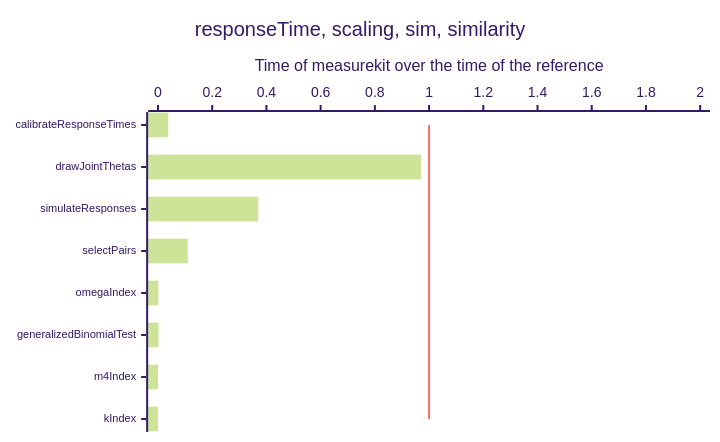
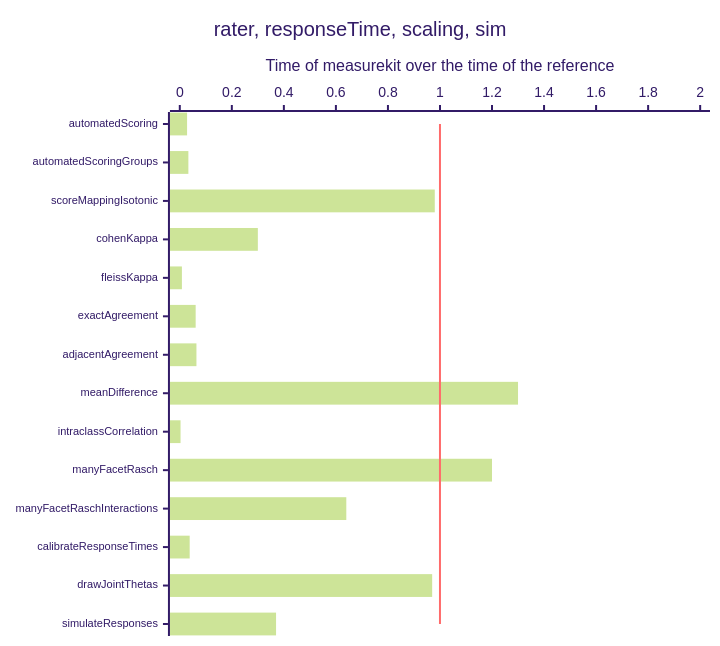
Before and after one commit to measurekit/measurekit: diagram 12 of 13 in docs/psychometrics/performance.md, drawn with Mermaid (forest theme). The commit also changed other lines of this file, not shown here.

````diff
--- a/docs/psychometrics/performance.md
+++ b/docs/psychometrics/performance.md
@@ -121,9 +131,9 @@
 ```mermaid
-%%{init: {"xyChart": {"height": 422, "xAxis": {"labelFontSize": 11}}}}%%
+%%{init: {"xyChart": {"height": 626, "xAxis": {"labelFontSize": 11}}}}%%
 xychart-beta horizontal
-  title "responseTime, scaling, sim, similarity"
-  x-axis ["calibrateResponseTimes", "drawJointThetas", "simulateResponses", "selectPairs", "omegaIndex", "generalizedBinomialTest", "m4Index", "kIndex"]
+  title "rater, responseTime, scaling, sim"
+  x-axis ["automatedScoring", "automatedScoringGroups", "scoreMappingIsotonic", "cohenKappa", "fleissKappa", "exactAgreement", "adjacentAgreement", "meanDifference", "intraclassCorrelation", "manyFacetRasch", "manyFacetRaschInteractions", "calibrateResponseTimes", "drawJointThetas", "simulateResponses"]
   y-axis "Time of measurekit over the time of the reference" 0 --> 2
-  bar [0.038, 0.97, 0.37, 0.11, 0.0013, 0.0021, 0.0003, 0.000026]
-  line [1, 1, 1, 1, 1, 1, 1, 1]
+  bar [0.028, 0.033, 0.98, 0.3, 0.0081, 0.061, 0.064, 1.3, 0.0029, 1.2, 0.64, 0.038, 0.97, 0.37]
+  line [1, 1, 1, 1, 1, 1, 1, 1, 1, 1, 1, 1, 1, 1]
 ```
````
